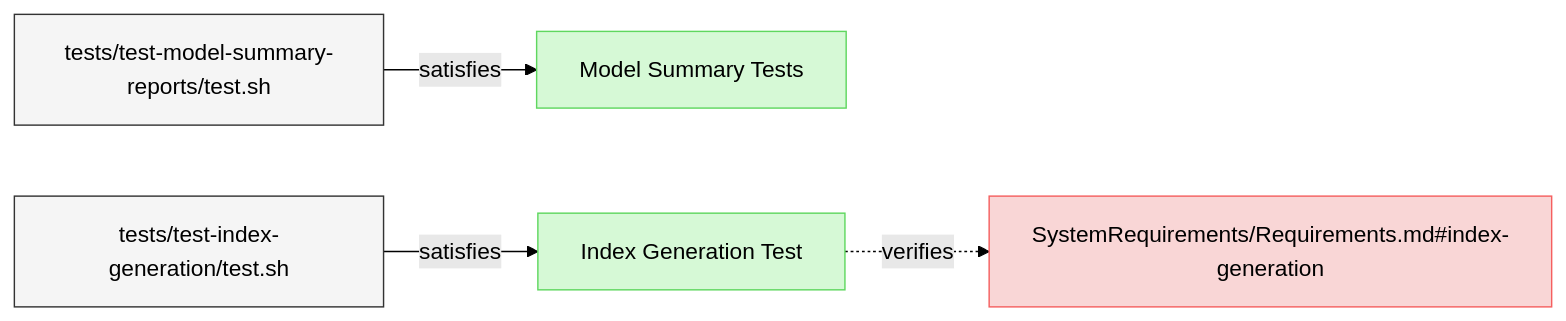
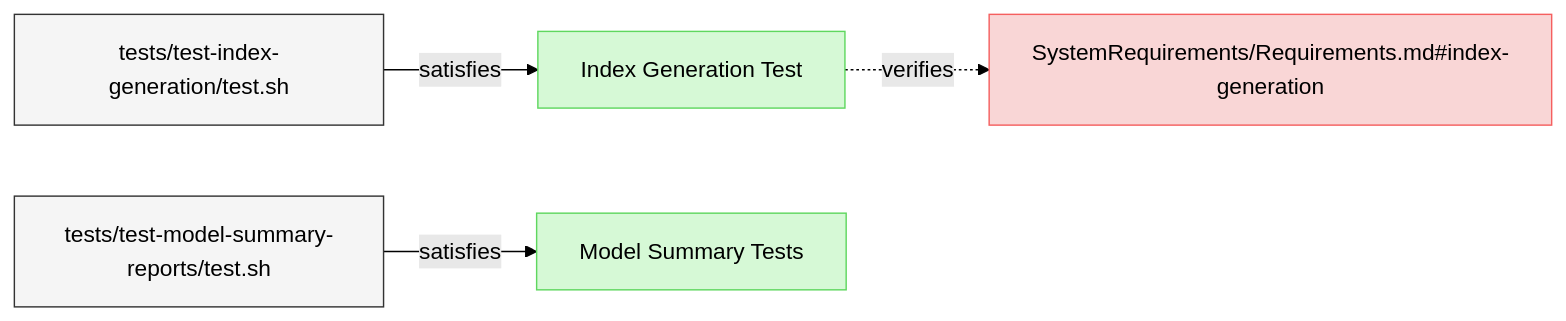
One commit to reqvire-org/reqvire changed the diagram in specifications/Verifications/ReportsTests.md. Above: the diagram before and after it, drawn with Mermaid (forest theme). The commit also changed other lines of this file and 18 other files, not shown here.

````diff
--- a/specifications/Verifications/ReportsTests.md
+++ b/specifications/Verifications/ReportsTests.md
@@ -6,27 +6,27 @@
 ```mermaid
 graph LR;
   %% Graph styling
   classDef requirement fill:#f9d6d6,stroke:#f55f5f,stroke-width:1px;
   classDef verification fill:#d6f9d6,stroke:#5fd75f,stroke-width:1px;
   classDef externalLink fill:#d0e0ff,stroke:#3080ff,stroke-width:1px;
   classDef default fill:#f5f5f5,stroke:#333333,stroke-width:1px;
 
-  76ae69270700044b["Model Summary Tests"];
-  class 76ae69270700044b verification;
-  click 76ae69270700044b "ReportsTests.md#model-summary-tests";
-  7b75340700b95177["tests/test-model-summary-reports/test.sh"];
-  class 7b75340700b95177 default;
-  click 7b75340700b95177 "../../tests/test-model-summary-reports/test.sh";
-  7b75340700b95177 -->|satisfies| 76ae69270700044b;
   3108f29b131412a3["Index Generation Test"];
   class 3108f29b131412a3 verification;
   click 3108f29b131412a3 "ReportsTests.md#index-generation-test";
   a21995894299effb["SystemRequirements/Requirements.md#index-generation"];
   class a21995894299effb requirement;
   click a21995894299effb "../SystemRequirements/Requirements.md#index-generation";
   3108f29b131412a3 -.->|verifies| a21995894299effb;
   1123809d5f501bf1["tests/test-index-generation/test.sh"];
   class 1123809d5f501bf1 default;
   click 1123809d5f501bf1 "../../tests/test-index-generation/test.sh";
   1123809d5f501bf1 -->|satisfies| 3108f29b131412a3;
+  76ae69270700044b["Model Summary Tests"];
+  class 76ae69270700044b verification;
+  click 76ae69270700044b "ReportsTests.md#model-summary-tests";
+  7b75340700b95177["tests/test-model-summary-reports/test.sh"];
+  class 7b75340700b95177 default;
+  click 7b75340700b95177 "../../tests/test-model-summary-reports/test.sh";
+  7b75340700b95177 -->|satisfies| 76ae69270700044b;
 ```
````
